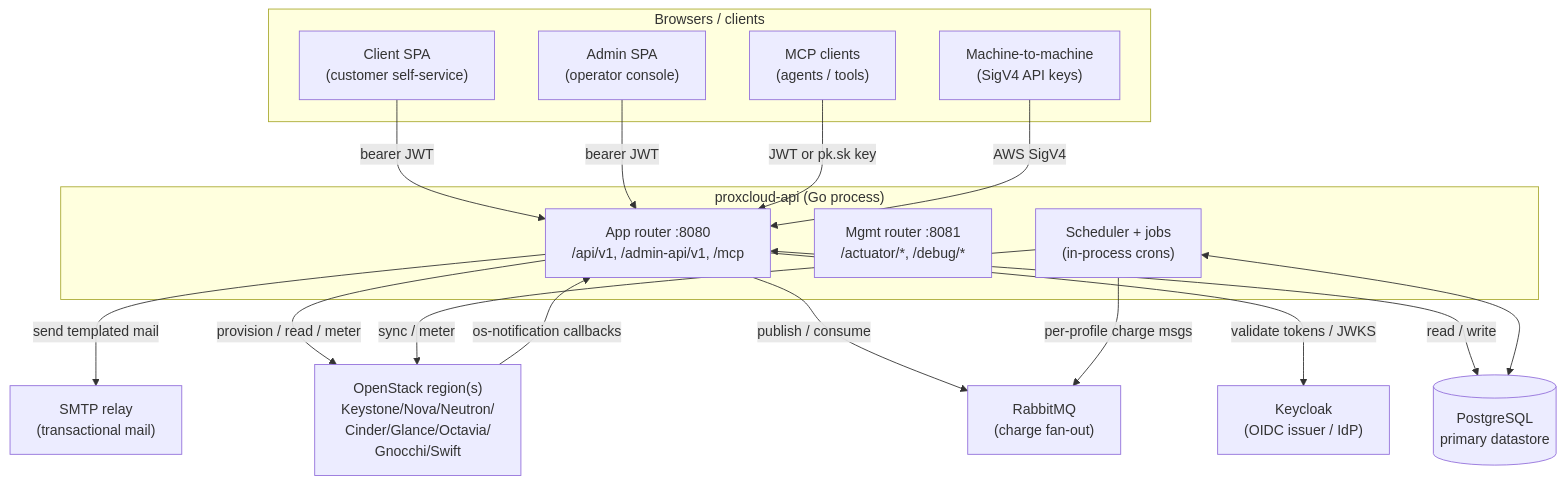
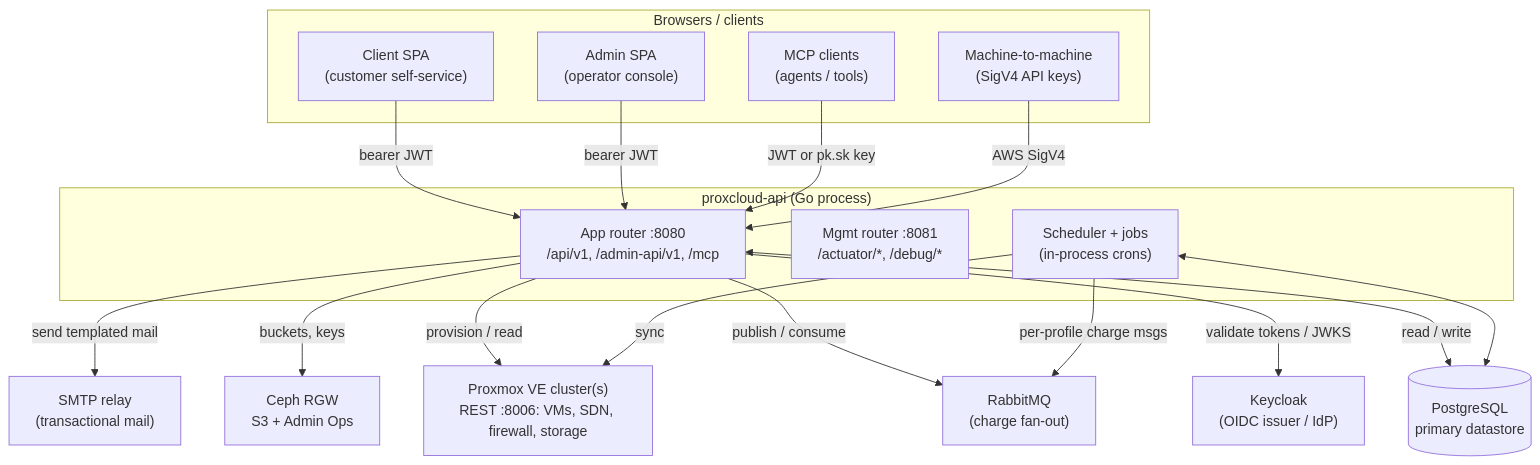
The first of 7 diagrams in docs/architecture.md (mutex-solutions/proxcloud), drawn with Mermaid before and after one commit. The commit also changed other lines of this file and 44 other files, not shown here.

First line of the commit message:
docs: describe the Proxmox backend and drop OpenStack pages

````diff
--- a/docs/architecture.md
+++ b/docs/architecture.md
@@ -26,36 +26,37 @@
 ```mermaid
 flowchart TB
     subgraph Browsers["Browsers / clients"]
         UI["Client SPA<br/>(customer self-service)"]
         ADMIN["Admin SPA<br/>(operator console)"]
         MCPC["MCP clients<br/>(agents / tools)"]
         M2M["Machine-to-machine<br/>(SigV4 API keys)"]
     end
 
     subgraph ProxCloud["proxcloud-api (Go process)"]
         APP["App router :8080<br/>/api/v1, /admin-api/v1, /mcp"]
         MGMT["Mgmt router :8081<br/>/actuator/*, /debug/*"]
         JOBS["Scheduler + jobs<br/>(in-process crons)"]
     end
 
     KC["Keycloak<br/>(OIDC issuer / IdP)"]
     PG[("PostgreSQL<br/>primary datastore")]
     RABBIT["RabbitMQ<br/>(charge fan-out)"]
-    OS["OpenStack region(s)<br/>Keystone/Nova/Neutron/<br/>Cinder/Glance/Octavia/<br/>Gnocchi/Swift"]
+    PVE["Proxmox VE cluster(s)<br/>REST :8006: VMs, SDN, firewall, storage"]
+    RGW["Ceph RGW<br/>S3 + Admin Ops"]
     SMTP["SMTP relay<br/>(transactional mail)"]
 
     UI -->|bearer JWT| APP
     ADMIN -->|bearer JWT| APP
     MCPC -->|JWT or pk.sk key| APP
     M2M -->|AWS SigV4| APP
 
     APP -->|validate tokens / JWKS| KC
     APP <-->|read / write| PG
     APP -->|publish / consume| RABBIT
-    APP -->|provision / read / meter| OS
+    APP -->|"provision / read"| PVE
+    APP -->|"buckets, keys"| RGW
     JOBS <--> PG
     JOBS -->|per-profile charge msgs| RABBIT
-    JOBS -->|sync / meter| OS
+    JOBS -->|"sync"| PVE
     APP -->|send templated mail| SMTP
-    OS -->|os-notification callbacks| APP
 ```
````
